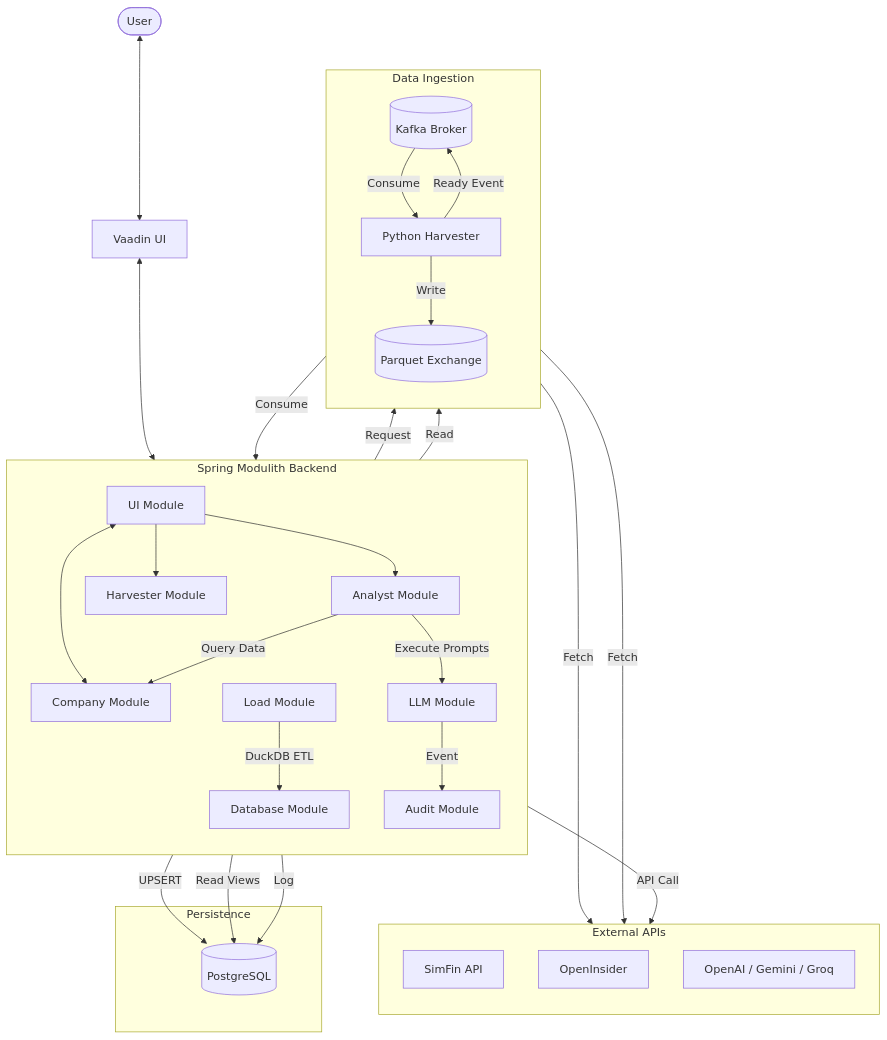
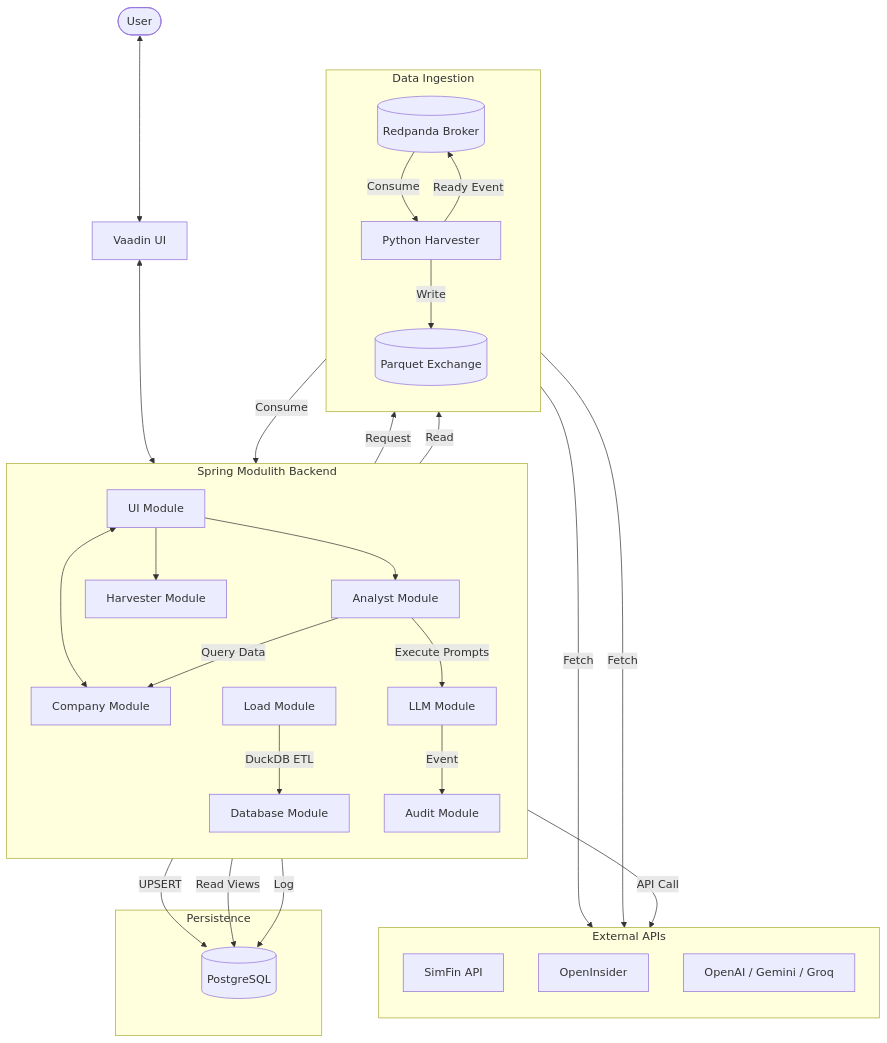
The diagram in README.md (amanitka/oraculum), drawn with Mermaid before and after one commit. The commit also changed other lines of this file and 1 other file, not shown here.

Commit message:
Add toolbar to `AnalysisResultRenderer` with JSON copy and download actions; update README to reflect migration from Kafka to Redpanda.

````diff
--- a/README.md
+++ b/README.md
@@ -32,62 +32,62 @@
 ```mermaid
 flowchart TD
     User([User]) <--> UI["Vaadin UI"]
     
     subgraph Spring Modulith Backend
         direction TB
         UI_Mod["UI Module"]
         Company["Company Module"]
         Analyst["Analyst Module"]
         Harvester_Mod["Harvester Module"]
         Load["Load Module"]
         Database["Database Module"]
         LLM["LLM Module"]
         Audit["Audit Module"]
     end
     
     subgraph Data Ingestion
         direction TB
-        Kafka[("Kafka Broker")]
+        Kafka[("Redpanda Broker")]
         PythonHarvester["Python Harvester"]
         ExchangeDir[("Parquet Exchange")]
     end
 
     subgraph External APIs
         direction TB
         SimFin["SimFin API"]
         OpenInsider["OpenInsider"]
         AI_Models["OpenAI / Gemini / Groq"]
     end
 
     subgraph Persistence
         Postgres[("PostgreSQL")]
     end
 
     %% Core UI Flow
     UI <--> UI_Mod
     UI_Mod <--> Company
     UI_Mod --> Analyst
     UI_Mod --> Harvester_Mod
     
     %% Harvester / Ingestion Pipeline
     Harvester_Mod -- "Request" --> Kafka
     Kafka -- "Consume" --> PythonHarvester
     PythonHarvester -- "Fetch" --> SimFin
     PythonHarvester -- "Fetch" --> OpenInsider
     PythonHarvester -- "Write" --> ExchangeDir
     PythonHarvester -- "Ready Event" --> Kafka
     
     %% Data Load Pipeline
     Kafka -- "Consume" --> Load
     Load -- "Read" --> ExchangeDir
     Load -- "DuckDB ETL" --> Database
     Database -- "UPSERT" --> Postgres
     
     %% Analysis Flow
     Analyst -- "Query Data" --> Company
     Company -- "Read Views" --> Postgres
     Analyst -- "Execute Prompts" --> LLM
     LLM -- "API Call" --> AI_Models
     LLM -- "Event" --> Audit
     Audit -- "Log" --> Postgres
 ```
````
